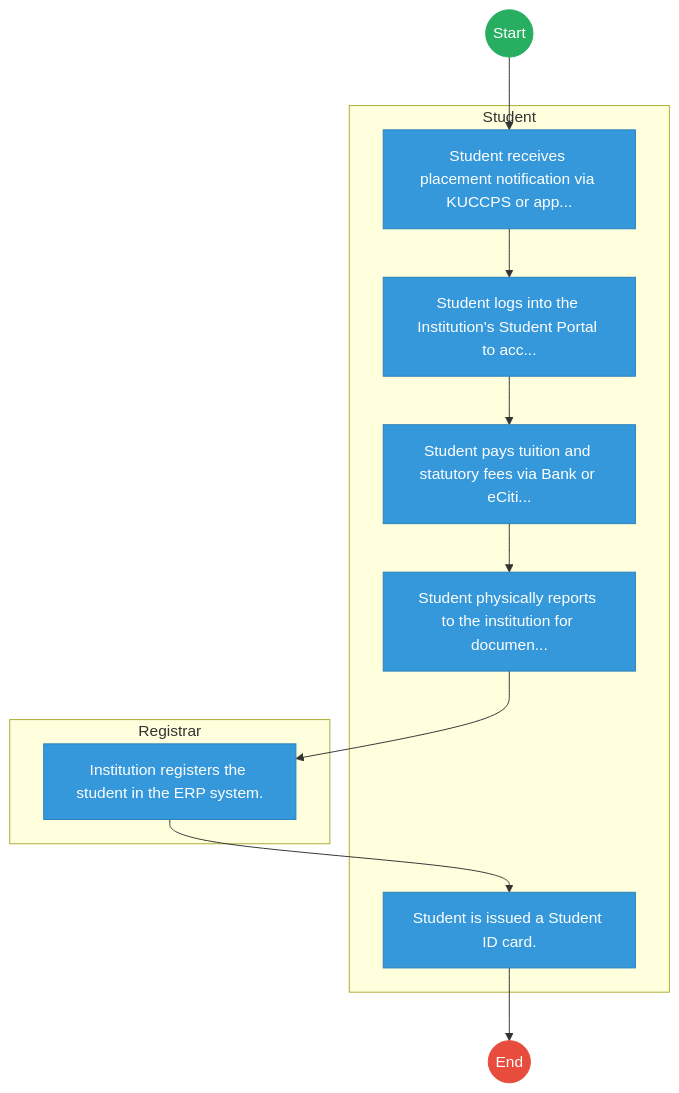
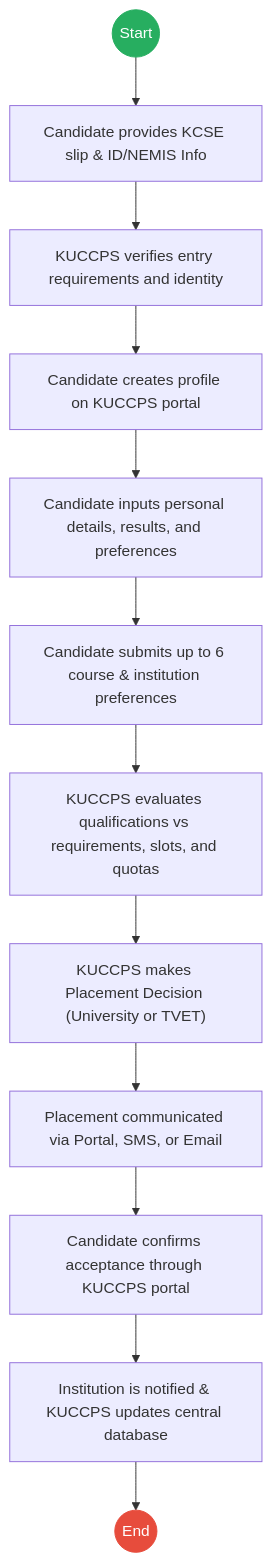
One commit to BITZ-IT-Consulting-LTD/ictapoc changed the first of 2 diagrams in mdas/docs_final/Kenya_Universities_And_Colleges_Central_Placement_Service___Student_Admission.md. Above: the diagram before and after it, drawn with Mermaid. The commit also changed other lines of this file and 6 other files, not shown here.

````diff
--- a/mdas/docs_final/Kenya_Universities_And_Colleges_Central_Placement_Service___Student_Admission.md
+++ b/mdas/docs_final/Kenya_Universities_And_Colleges_Central_Placement_Service___Student_Admission.md
@@ -20,31 +20,19 @@
 ```mermaid
 graph TD
     Start((Start)) --> S1
-
-    subgraph Student [Student]
-        S1["Student receives placement notification via KUCCPS or app..."]
-        S2["Student logs into the Institution's Student Portal to acc..."]
-        S3["Student pays tuition and statutory fees via Bank or eCiti..."]
-        S4["Student physically reports to the institution for documen..."]
-        S6["Student is issued a Student ID card."]
-    end
-
-    subgraph Registrar [Registrar]
-        S5["Institution registers the student in the ERP system."]
-    end
-    S1 --> S2
-    S2 --> S3
-    S3 --> S4
-    S4 --> S5
-    S5 --> S6
-    S6 --> End((End))
+    S1["Candidate provides KCSE slip & ID/NEMIS Info"] --> S2
+    S2["KUCCPS verifies entry requirements and identity"] --> S3
+    S3["Candidate creates profile on KUCCPS portal"] --> S4
+    S4["Candidate inputs personal details, results, and preferences"] --> S5
+    S5["Candidate submits up to 6 course & institution preferences"] --> S6
+    S6["KUCCPS evaluates qualifications vs requirements, slots, and quotas"] --> S7
+    S7["KUCCPS makes Placement Decision (University or TVET)"] --> S8
+    S8["Placement communicated via Portal, SMS, or Email"] --> S9
+    S9["Candidate confirms acceptance through KUCCPS portal"] --> S10
+    S10["Institution is notified & KUCCPS updates central database"] --> End((End))
 
     classDef start fill:#27ae60,stroke:#27ae60,color:#fff;
     classDef endNode fill:#e74c3c,stroke:#e74c3c,color:#fff;
-    classDef userTask fill:#3498db,stroke:#2980b9,color:#fff;
-    classDef serviceTask fill:#9b59b6,stroke:#8e44ad,color:#fff;
-
     class Start start;
     class End endNode;
-    class S1,S2,S3,S4,S5,S6 userTask;
 ```
````
